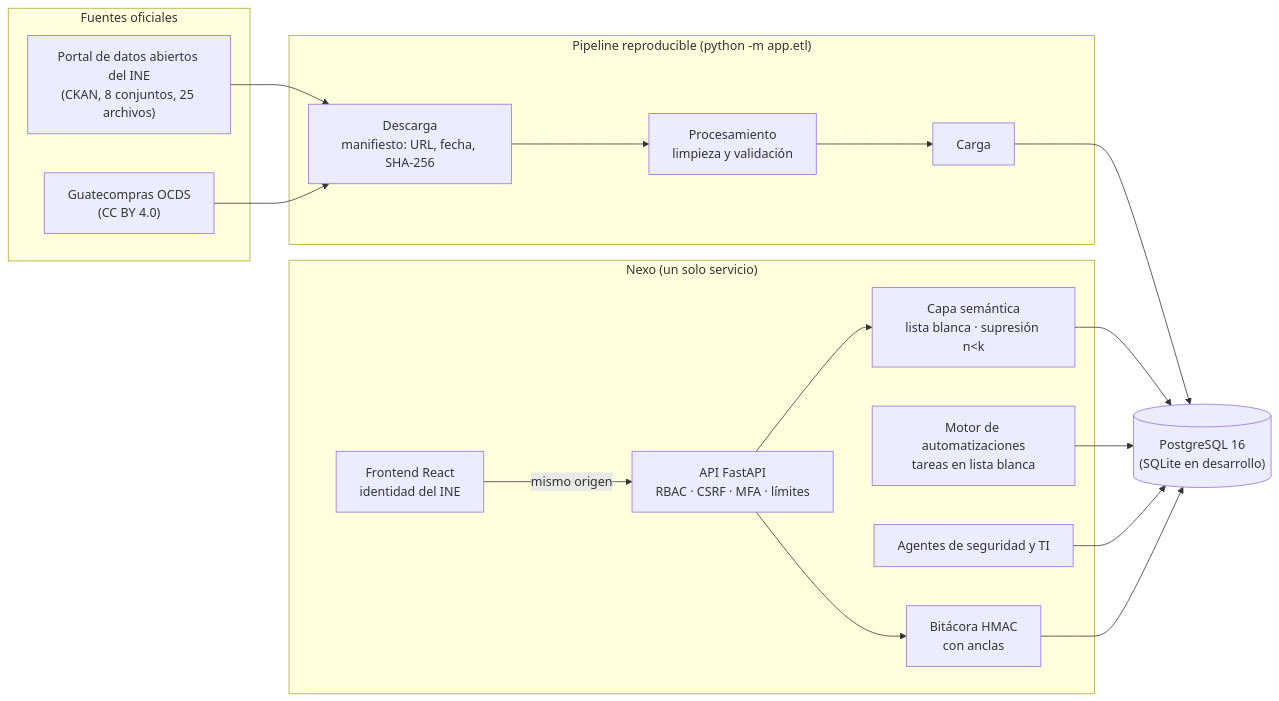
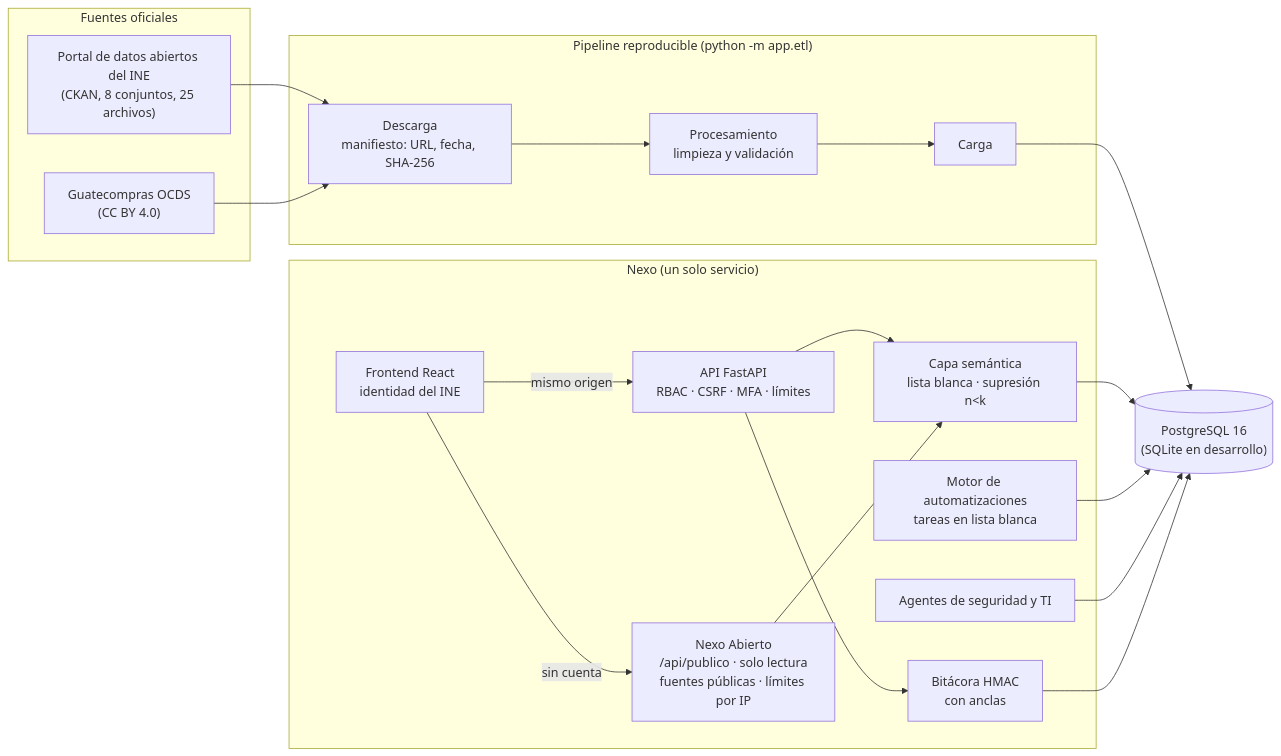
Before and after one commit to Astral910/nexo-ine: the diagram in README.md, drawn with Mermaid. The commit also changed other lines of this file and 3 other files, not shown here.

Commit message:
Documentación: Nexo Abierto, vistas, recorridos, por qué importa al país y nuevo guion de la demostración

````diff
--- a/README.md
+++ b/README.md
@@ -62,27 +90,29 @@
 ```mermaid
 flowchart LR
   subgraph Fuentes["Fuentes oficiales"]
     INE["Portal de datos abiertos del INE<br/>(CKAN, 8 conjuntos, 25 archivos)"]
     OCDS["Guatecompras OCDS<br/>(CC BY 4.0)"]
   end
   subgraph ETL["Pipeline reproducible (python -m app.etl)"]
     D["Descarga<br/>manifiesto: URL, fecha, SHA-256"] --> P["Procesamiento<br/>limpieza y validación"] --> C["Carga"]
   end
   subgraph Nexo["Nexo (un solo servicio)"]
     API["API FastAPI<br/>RBAC · CSRF · MFA · límites"]
     SEM["Capa semántica<br/>lista blanca · supresión n&lt;k"]
     AUT["Motor de automatizaciones<br/>tareas en lista blanca"]
     AG["Agentes de seguridad y TI"]
     BIT["Bitácora HMAC<br/>con anclas"]
     WEB["Frontend React<br/>identidad del INE"]
+    PUB["Nexo Abierto<br/>/api/publico · solo lectura<br/>fuentes públicas · límites por IP"]
   end
   BD[("PostgreSQL 16<br/>(SQLite en desarrollo)")]
   INE --> D
   OCDS --> D
   C --> BD
   WEB -->|mismo origen| API
   API --> SEM --> BD
+  WEB -->|sin cuenta| PUB --> SEM
   AUT --> BD
   AG --> BD
   API --> BIT --> BD
 ```
````
